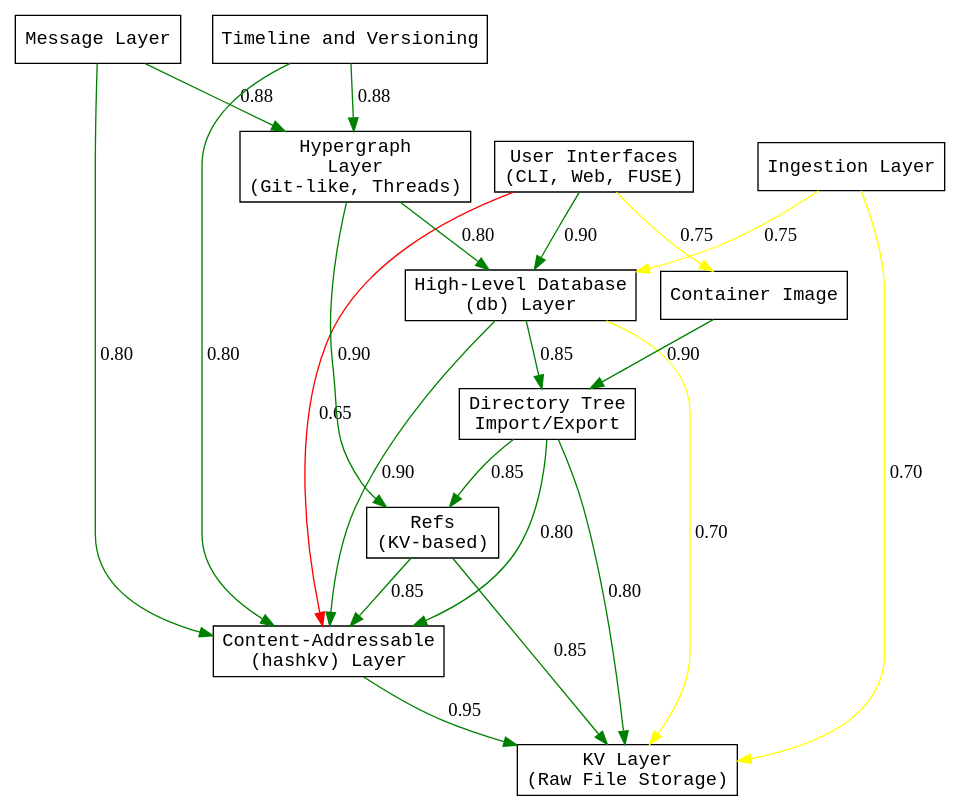
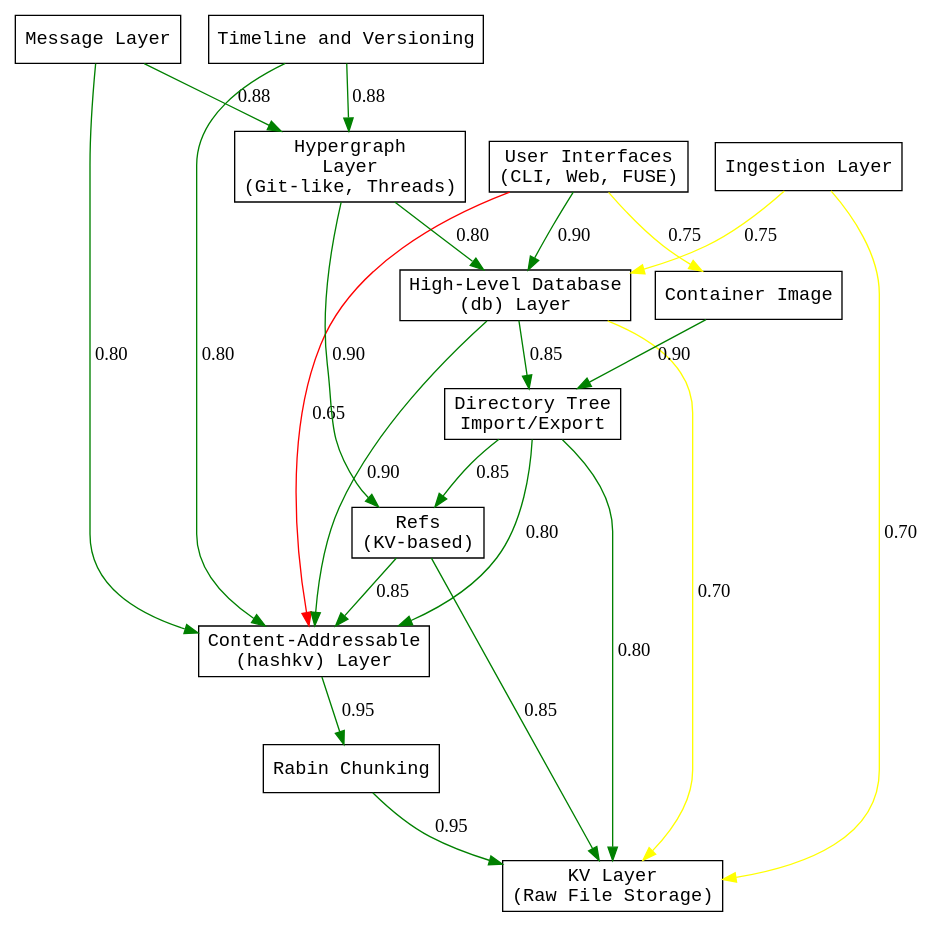
One commit to stevegt/promisebase changed the diagram in x/layers.dot. Above: the diagram before and after it, drawn with Graphviz. The commit also changed 2 other files, not shown here.

```diff
--- a/x/layers.dot
+++ b/x/layers.dot
@@ -1,52 +1,56 @@
 digraph Layers {
   rankdir=TB;
   node [shape=box, style=filled, fillcolor=white,
   fontname="monospace"];
 
   UI [label="User Interfaces\n(CLI, Web, FUSE)"];
   Message [label="Message Layer"];
   Timeline [label="Timeline and Versioning"];
   Ingest [label="Ingestion Layer"];
   HGraph [label="Hypergraph\nLayer\n(Git-like, Threads)"];
   DB [label="High-Level Database\n(db) Layer"];
   Refs [label="Refs\n(KV-based)"];
   HashKV [label="Content-Addressable\n(hashkv) Layer"];
+  Rabin [label="Rabin Chunking"];
   KV [label="KV Layer\n(Raw File Storage)"];
   DirTree [label="Directory Tree\nImport/Export"];
   ContainerImage [label="Container Image"];
 
   // Multiple roots with no incoming edges.
   UI -> DB [label="0.90", color="green"];
   Message -> HGraph [label="0.88", color="green"];
   Timeline -> HGraph [label="0.88", color="green"];
   Ingest -> DB [label="0.75", color="yellow"];
   HGraph -> DB [label="0.80", color="green"];
 
   // Alternative connections from roots.
   UI -> HashKV [label="0.65", color="red"];
   Message -> HashKV [label="0.80", color="green"];
   Timeline -> HashKV [label="0.80", color="green"];
   Ingest -> KV [label="0.70", color="yellow"];
 
   // Ref integration via storage backends.
   Refs -> HashKV [label="0.85", color="green"];
   Refs -> KV [label="0.85", color="green"];
   HGraph -> Refs [label="0.90", color="green"];
 
   // Primary flow from DB downwards.
   DB -> HashKV [label="0.90", color="green"];
   DB -> KV [label="0.70", color="yellow"];
 
+  // Introduce Rabin Chunking layer between HashKV and KV.
+  HashKV -> Rabin [label="0.95", color="green"];
+  Rabin -> KV [label="0.95", color="green"];
+
   // Directory tree import/export module.
   DB -> DirTree [label="0.85", color="green"];
   DirTree -> KV [label="0.80", color="green"];
   DirTree -> HashKV [label="0.80", color="green"];
   DirTree -> Refs [label="0.85", color="green"];
 
   // Container image layer pointing to directory tree.
   UI -> ContainerImage [label="0.75", color="yellow"];
   ContainerImage -> DirTree [label="0.90", color="green"];
 
-  // Flow from hashkv to KV storage.
-  HashKV -> KV [label="0.95", color="green"];
+  // Flow from HashKV to KV storage is now via Rabin.
 }
```
